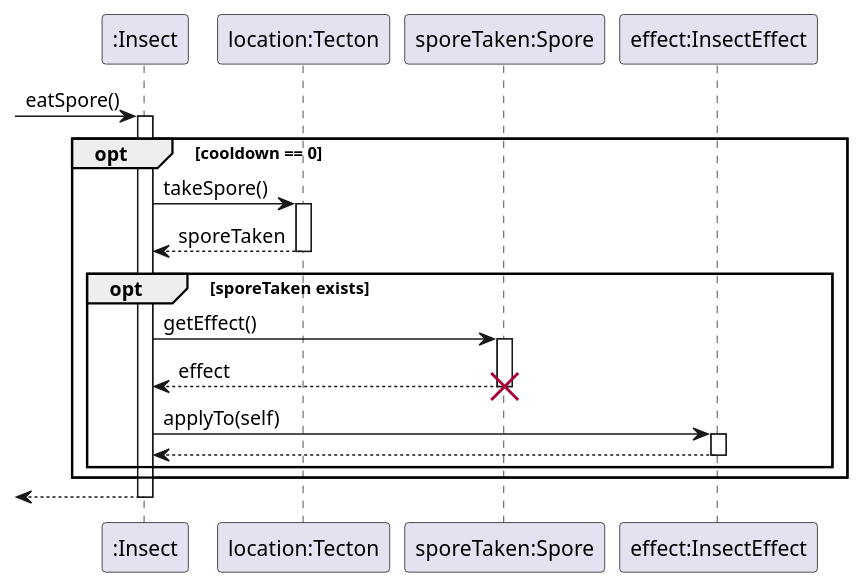
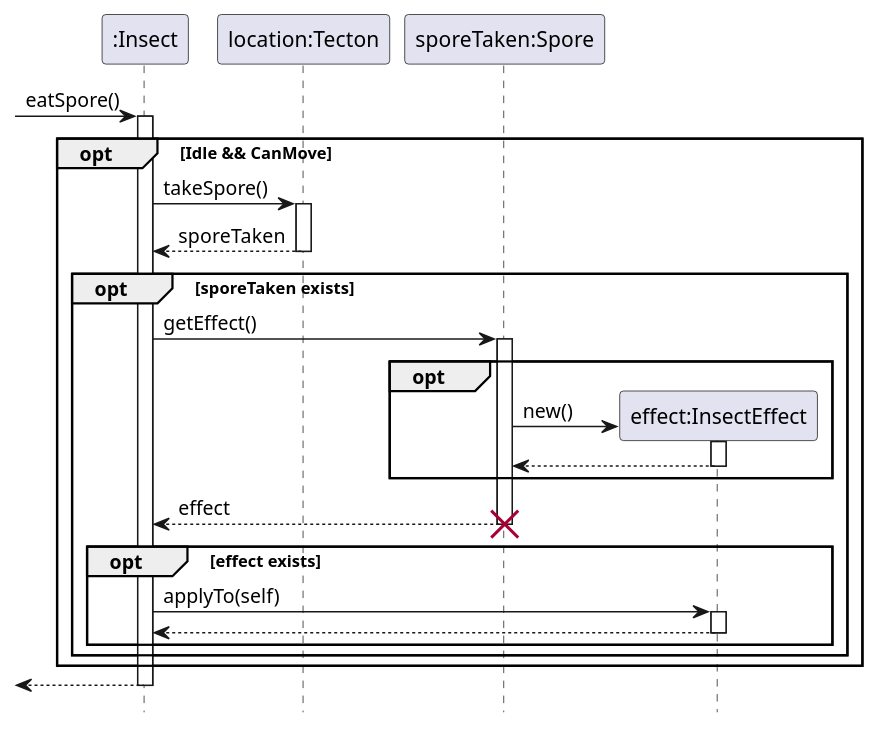
One commit to ZD4ve/projlab-error521 changed the diagram in Insect/eat-spore.pu. Above: the diagram before and after it, drawn with PlantUML. The commit also changed 23 other files, not shown here.

```diff
--- a/Insect/eat-spore.pu
+++ b/Insect/eat-spore.pu
@@ -1,38 +1,42 @@
-@startuml
+@startuml Insect/eat-spore
+hide footbox
+
 participant ":Insect" as insect
 participant "location:Tecton" as location
 participant "sporeTaken:Spore" as sporeTaken
 participant "effect:InsectEffect" as effect
 
 -> insect : eatSpore()
 activate insect
 
-' állapotgép szerint átdolgozni
-opt cooldown == 0
+opt Idle && CanMove
     insect -> location : takeSpore()
     activate location
-
-    insect <-- location : sporeTaken
-    deactivate location
+    return sporeTaken
 
     opt sporeTaken exists
         insect -> sporeTaken : getEffect()
         activate sporeTaken
-        
-        ' TODO: effect létrehozás
 
-        insect <-- sporeTaken : effect
+        opt
+            create effect
+            sporeTaken -> effect : new()
+            activate effect
+            return
+        end
+
+        return effect
         destroy sporeTaken
 
-        insect -> effect : applyTo(self)
-        activate effect
-
-        insect <-- effect
-        deactivate effect
+        opt effect exists
+            insect -> effect : applyTo(self)
+            activate effect
+            return
+        end
     end
 end
 
 <-- insect
 deactivate insect
 
 @enduml
```
